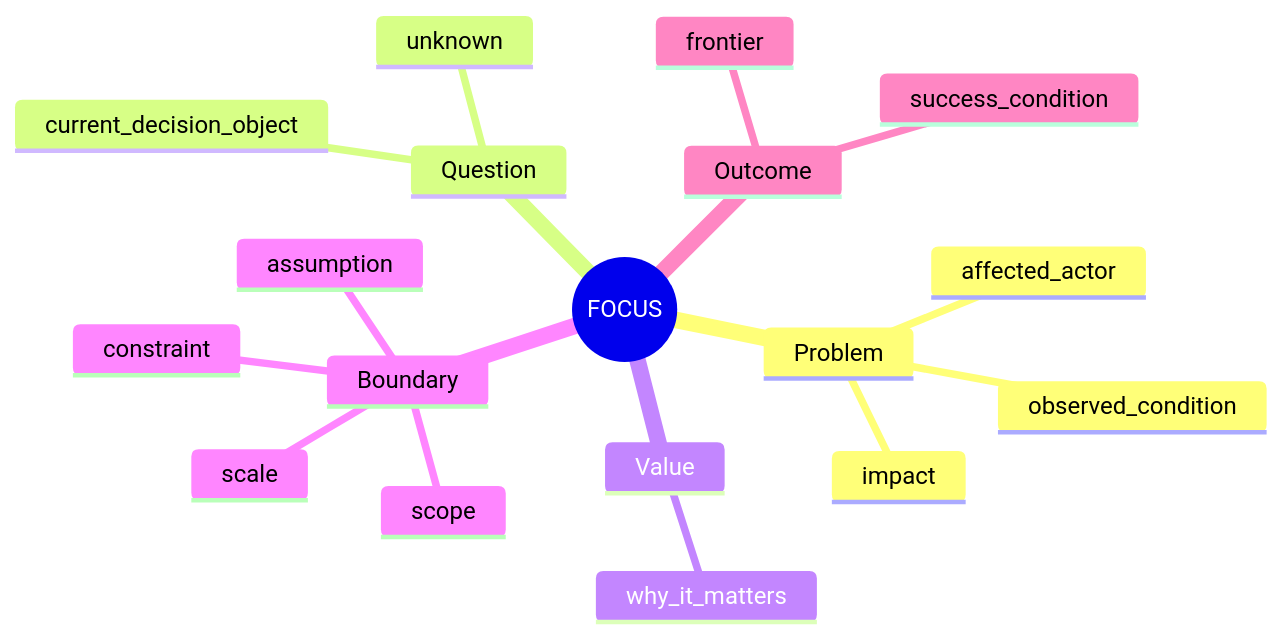
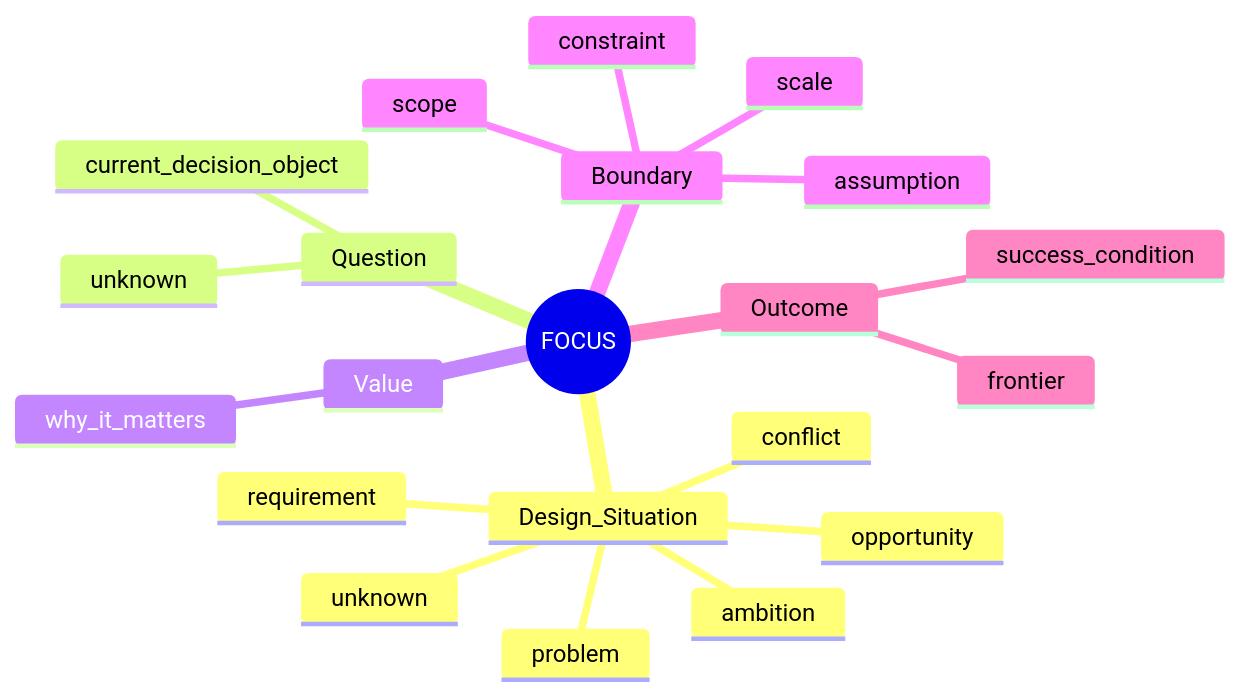
Before and after one commit to Jiaosong/Design: the first of 4 diagrams in product-docs/v0.3/nodes/N02_FOCUS.md, drawn with Mermaid. The commit also changed other lines of this file and 71 other files, not shown here.

````diff
--- a/product-docs/v0.3/nodes/N02_FOCUS.md
+++ b/product-docs/v0.3/nodes/N02_FOCUS.md
@@ -20,21 +20,24 @@
 ```mermaid
 mindmap
   root((FOCUS))
-    Problem
-      observed_condition
-      affected_actor
-      impact
+    Design_Situation
+      problem
+      opportunity
+      ambition
+      requirement
+      conflict
+      unknown
     Question
       current_decision_object
       unknown
     Value
       why_it_matters
     Boundary
       scope
       scale
       constraint
       assumption
     Outcome
       success_condition
       frontier
 ```
````
